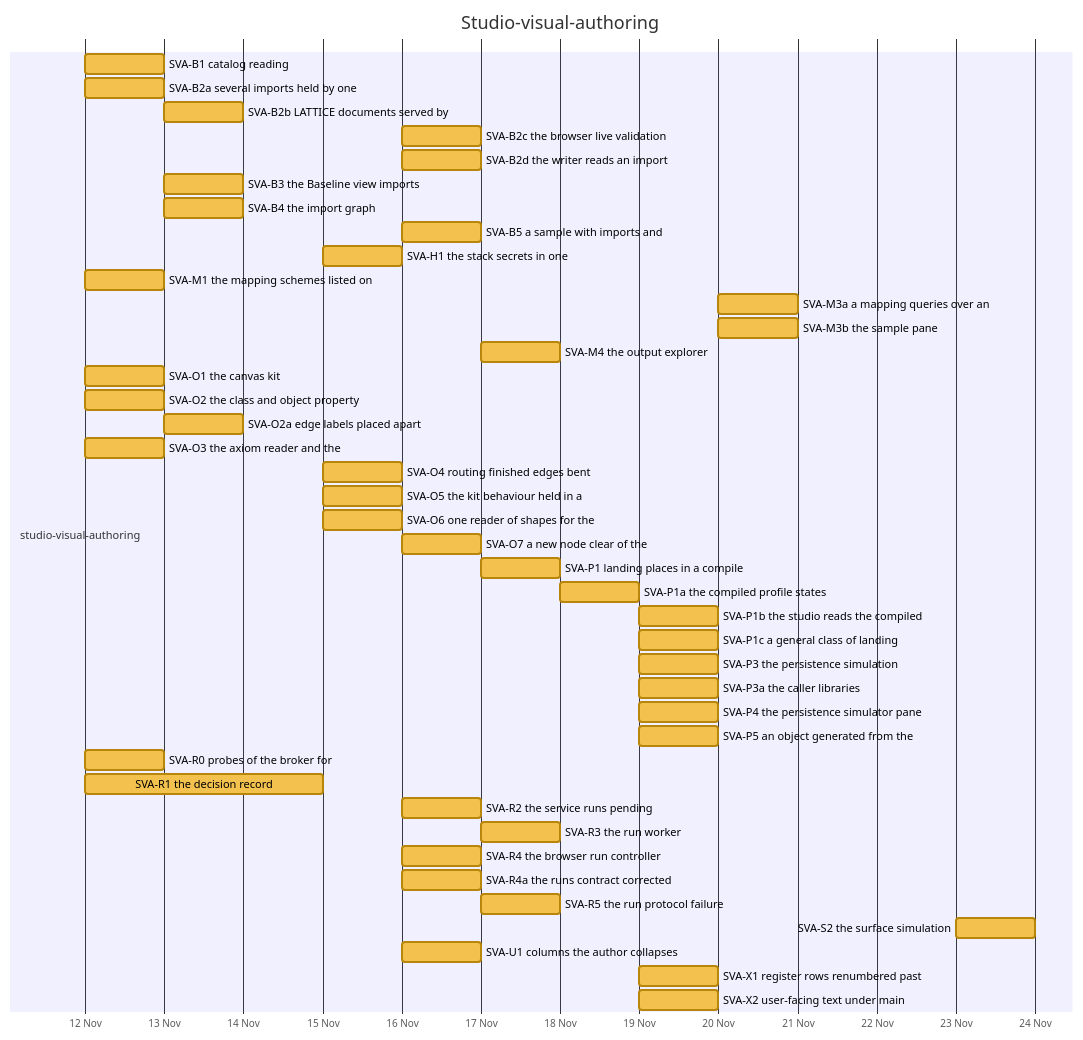
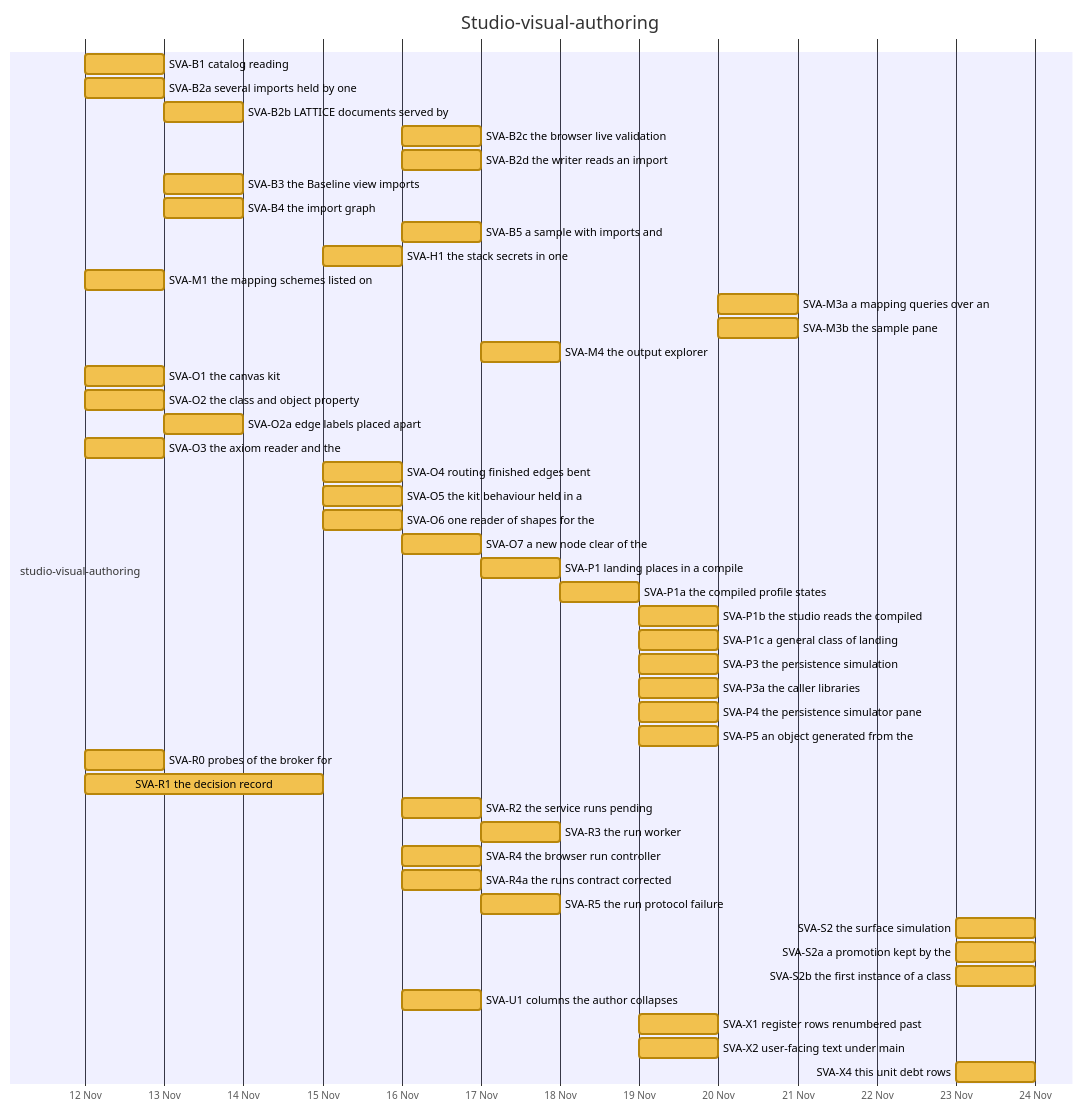
Before and after one commit to nebularis/lattice: diagram 16 of 32 in docs/developer/ROADMAP.md, drawn with Mermaid. The commit also changed other lines of this file, not shown here.

First line of the commit message:
[studio-visual-authoring] Refresh the roadmap's generated sections after SVA-S2a

````diff
--- a/docs/developer/ROADMAP.md
+++ b/docs/developer/ROADMAP.md
@@ -479,48 +482,51 @@
 ```mermaid
 %%{init: {"themeVariables": {"taskBkgColor": "#f2c14e", "taskBorderColor": "#b8860b", "taskTextColor": "#000000", "activeTaskBkgColor": "#4e9af1", "activeTaskBorderColor": "#1f5fbf", "activeTaskBorderColor": "#1f5fbf", "doneTaskBkgColor": "#8fcf8f", "doneTaskBorderColor": "#2f7d32", "critBkgColor": "#f28b82", "critBorderColor": "#b23a30", "taskTextDarkColor": "#000000", "taskTextLightColor": "#000000"}}}%%
 gantt
     title Studio-visual-authoring
     dateFormat YYYY-MM-DD
     axisFormat %d %b
     section studio-visual-authoring
     SVA-B1 catalog reading :svab1, 2026-11-12, 2026-11-13
     SVA-B2a several imports held by one :svab2a, 2026-11-12, 2026-11-13
     SVA-B2b LATTICE documents served by :svab2b, 2026-11-13, 2026-11-14
     SVA-B2c the browser live validation :svab2c, 2026-11-16, 2026-11-17
     SVA-B2d the writer reads an import :svab2d, 2026-11-16, 2026-11-17
     SVA-B3 the Baseline view imports :svab3, 2026-11-13, 2026-11-14
     SVA-B4 the import graph :svab4, 2026-11-13, 2026-11-14
     SVA-B5 a sample with imports and :svab5, 2026-11-16, 2026-11-17
     SVA-H1 the stack secrets in one :svah1, 2026-11-15, 2026-11-16
     SVA-M1 the mapping schemes listed on :svam1, 2026-11-12, 2026-11-13
     SVA-M3a a mapping queries over an :svam3a, 2026-11-20, 2026-11-21
     SVA-M3b the sample pane :svam3b, 2026-11-20, 2026-11-21
     SVA-M4 the output explorer :svam4, 2026-11-17, 2026-11-18
     SVA-O1 the canvas kit :svao1, 2026-11-12, 2026-11-13
     SVA-O2 the class and object property :svao2, 2026-11-12, 2026-11-13
     SVA-O2a edge labels placed apart :svao2a, 2026-11-13, 2026-11-14
     SVA-O3 the axiom reader and the :svao3, 2026-11-12, 2026-11-13
     SVA-O4 routing finished edges bent :svao4, 2026-11-15, 2026-11-16
     SVA-O5 the kit behaviour held in a :svao5, 2026-11-15, 2026-11-16
     SVA-O6 one reader of shapes for the :svao6, 2026-11-15, 2026-11-16
     SVA-O7 a new node clear of the :svao7, 2026-11-16, 2026-11-17
     SVA-P1 landing places in a compile :svap1, 2026-11-17, 2026-11-18
     SVA-P1a the compiled profile states :svap1a, 2026-11-18, 2026-11-19
     SVA-P1b the studio reads the compiled :svap1b, 2026-11-19, 2026-11-20
     SVA-P1c a general class of landing :svap1c, 2026-11-19, 2026-11-20
     SVA-P3 the persistence simulation :svap3, 2026-11-19, 2026-11-20
     SVA-P3a the caller libraries :svap3a, 2026-11-19, 2026-11-20
     SVA-P4 the persistence simulator pane :svap4, 2026-11-19, 2026-11-20
     SVA-P5 an object generated from the :svap5, 2026-11-19, 2026-11-20
     SVA-R0 probes of the broker for :svar0, 2026-11-12, 2026-11-13
     SVA-R1 the decision record :svar1, 2026-11-12, 2026-11-15
     SVA-R2 the service runs pending :svar2, 2026-11-16, 2026-11-17
     SVA-R3 the run worker :svar3, 2026-11-17, 2026-11-18
     SVA-R4 the browser run controller :svar4, 2026-11-16, 2026-11-17
     SVA-R4a the runs contract corrected :svar4a, 2026-11-16, 2026-11-17
     SVA-R5 the run protocol failure :svar5, 2026-11-17, 2026-11-18
     SVA-S2 the surface simulation :svas2, 2026-11-23, 2026-11-24
+    SVA-S2a a promotion kept by the :svas2a, 2026-11-23, 2026-11-24
+    SVA-S2b the first instance of a class :svas2b, 2026-11-23, 2026-11-24
     SVA-U1 columns the author collapses :svau1, 2026-11-16, 2026-11-17
     SVA-X1 register rows renumbered past :svax1, 2026-11-19, 2026-11-20
     SVA-X2 user-facing text under main :svax2, 2026-11-19, 2026-11-20
+    SVA-X4 this unit debt rows :svax4, 2026-11-23, 2026-11-24
 ```
````
